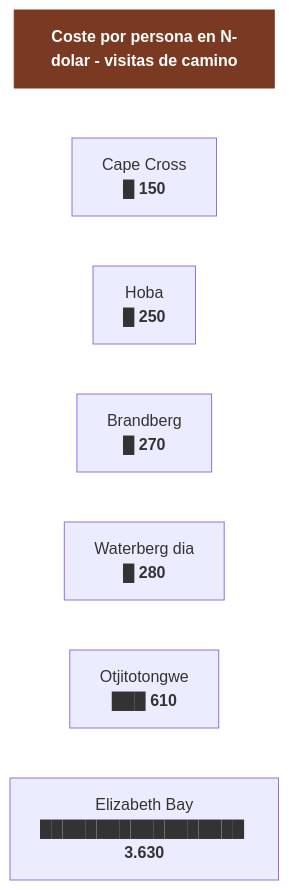
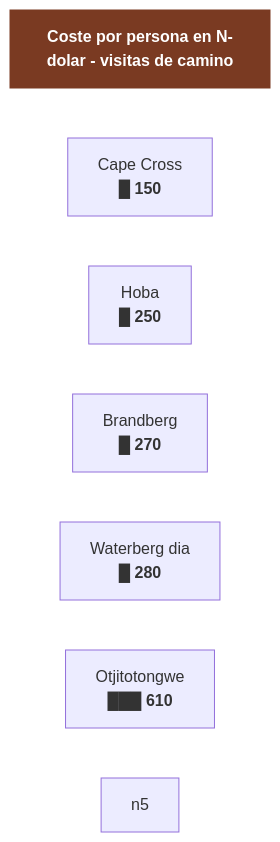
The fifth of 5 diagrams in 11-lista-google-maps.md (morandeirachema/namibia), drawn with Mermaid before and after one commit. The commit also changed other lines of this file and 15 other files, not shown here.

````diff
--- a/11-lista-google-maps.md
+++ b/11-lista-google-maps.md
@@ -456,17 +373,16 @@
 ```mermaid
 flowchart TD
     T["<b>Coste por persona en N-dolar - visitas de camino</b>"]
     n0["Cape Cross<br/>█ <b>150</b>"]
     n1["Hoba<br/>█ <b>250</b>"]
     n2["Brandberg<br/>█ <b>270</b>"]
     n3["Waterberg dia<br/>█ <b>280</b>"]
     n4["Otjitotongwe<br/>███ <b>610</b>"]
-    n5["Elizabeth Bay<br/>██████████████████ <b>3.630</b>"]
     T ~~~ n0
     n0 ~~~ n1
     n1 ~~~ n2
     n2 ~~~ n3
     n3 ~~~ n4
     n4 ~~~ n5
     style T fill:#7a3a22,color:#fff,stroke:#7a3a22
 ```
````
